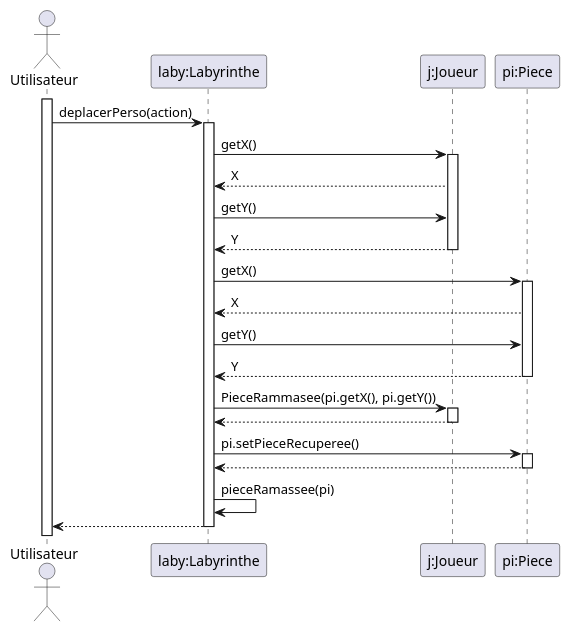
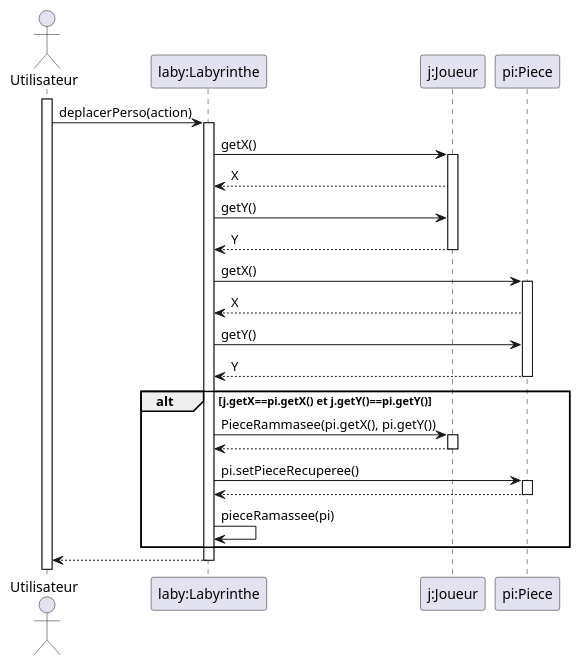
Before and after one commit to Dracosxs/2022_Zeldiablo_MOUGIN_DEFOLIE_KETZINGER_KOLER: the diagram in documents/version_2/AquisitionDesPieces.puml, drawn with PlantUML.

Commit message:
Ajout des conditionnelles dans le diagramme de sequence d'aquisition des pieces

```diff
--- a/documents/version_2/AquisitionDesPieces.puml
+++ b/documents/version_2/AquisitionDesPieces.puml
@@ -1,35 +1,37 @@
 @startuml
 
 actor Utilisateur
 participant "laby:Labyrinthe" as laby
 participant "j:Joueur" as J
 participant "pi:Piece" as P
 
 activate Utilisateur
 Utilisateur -> laby : deplacerPerso(action)
 activate laby
 laby -> J : getX()
 activate J
 J --> laby : X
 laby -> J : getY()
 J --> laby : Y
 deactivate J
 laby -> P : getX()
 activate P
 P --> laby : X
 laby -> P : getY()
 P --> laby : Y
 deactivate P
-laby -> J : PieceRammasee(pi.getX(), pi.getY())
-activate J
-laby <-- J:
-deactivate J
-laby -> P : pi.setPieceRecuperee()
-activate P
-laby <-- P
-deactivate P
-laby -> laby : pieceRamassee(pi)
+alt j.getX==pi.getX() et j.getY()==pi.getY()
+    laby -> J : PieceRammasee(pi.getX(), pi.getY())
+    activate J
+    laby <-- J:
+    deactivate J
+    laby -> P : pi.setPieceRecuperee()
+    activate P
+    laby <-- P
+    deactivate P
+    laby -> laby : pieceRamassee(pi)
+end
 laby --> Utilisateur
 deactivate laby
 
 @enduml
```
